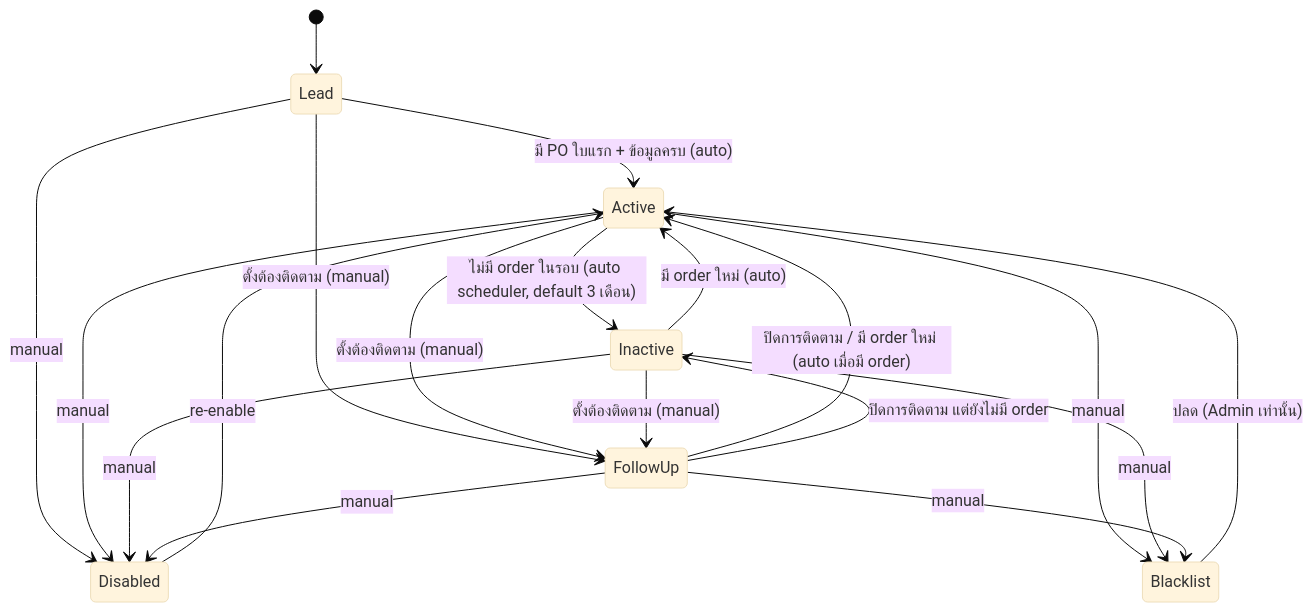
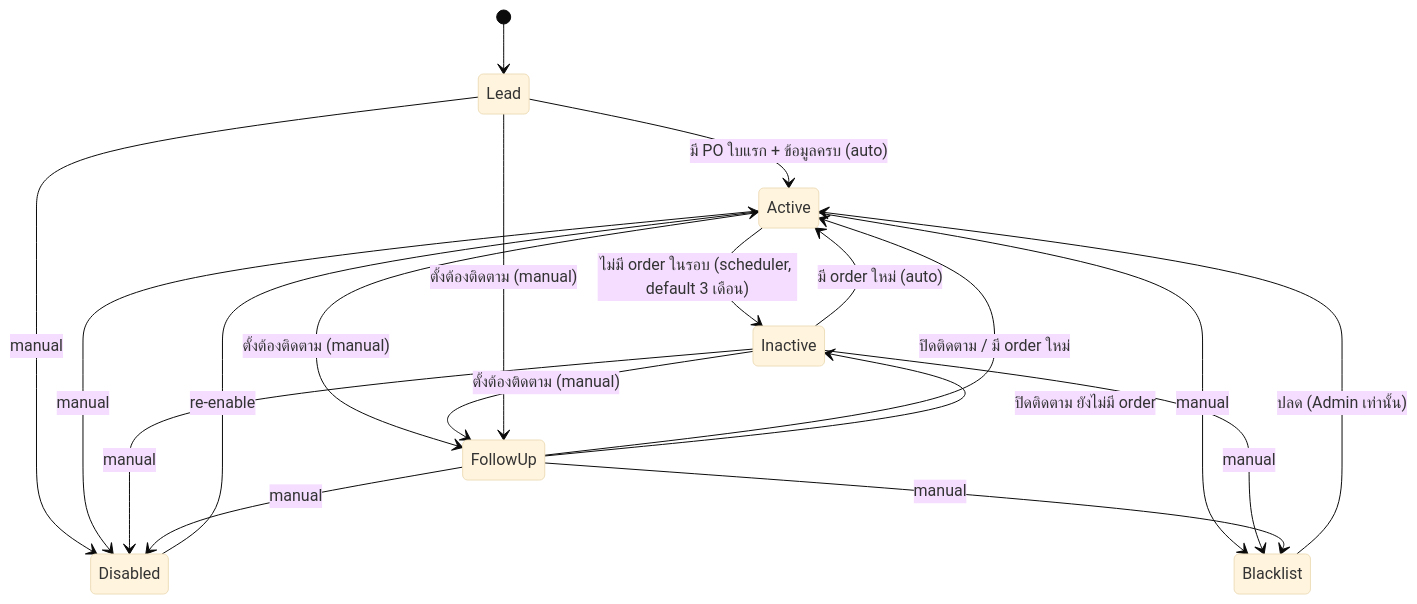
The first of 8 diagrams in docs/requirements/erp-v2-ui-first/status-journeys.md (sitthi-phat/erp-cosmetics-manufacturing-module), drawn with Mermaid (base theme) before and after one commit. The commit also changed other lines of this file and 3 other files, not shown here.

````diff
--- a/docs/requirements/erp-v2-ui-first/status-journeys.md
+++ b/docs/requirements/erp-v2-ui-first/status-journeys.md
@@ -26,21 +26,21 @@
 ```mermaid
 stateDiagram-v2
     [*] --> Lead
     Lead --> Active: มี PO ใบแรก + ข้อมูลครบ (auto)
-    Active --> Inactive: ไม่มี order ในรอบ (auto scheduler, default 3 เดือน)
+    Active --> Inactive: ไม่มี order ในรอบ (scheduler, default 3 เดือน)
     Inactive --> Active: มี order ใหม่ (auto)
-    Lead --> FollowUp: ตั้งต้องติดตาม (manual)
     Active --> FollowUp: ตั้งต้องติดตาม (manual)
     Inactive --> FollowUp: ตั้งต้องติดตาม (manual)
-    FollowUp --> Active: ปิดการติดตาม / มี order ใหม่ (auto เมื่อมี order)
-    FollowUp --> Inactive: ปิดการติดตาม แต่ยังไม่มี order
+    Lead --> FollowUp: ตั้งต้องติดตาม (manual)
+    FollowUp --> Active: ปิดติดตาม / มี order ใหม่
+    FollowUp --> Inactive: ปิดติดตาม ยังไม่มี order
     Lead --> Disabled: manual
     Active --> Disabled: manual
     Inactive --> Disabled: manual
     FollowUp --> Disabled: manual
     Active --> Blacklist: manual
     Inactive --> Blacklist: manual
     FollowUp --> Blacklist: manual
     Disabled --> Active: re-enable
     Blacklist --> Active: ปลด (Admin เท่านั้น)
 ```
````
